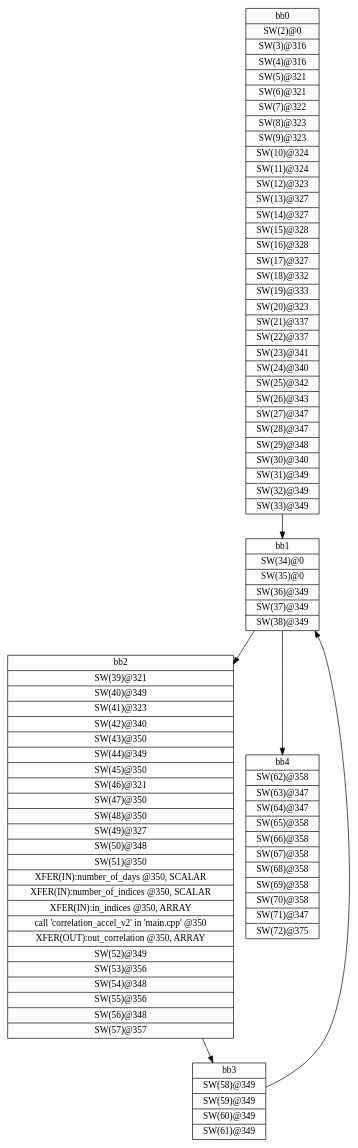
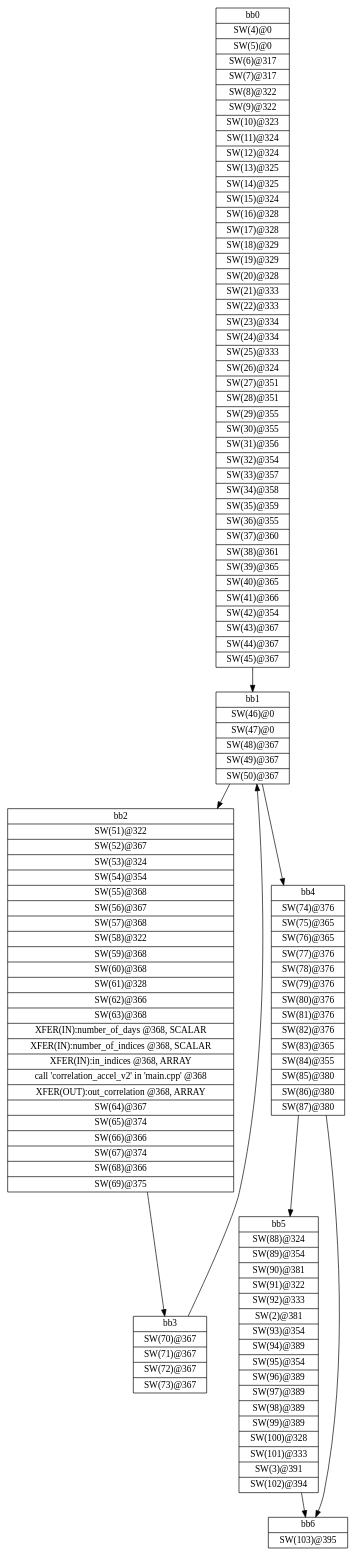
One commit to nguyencanhtrung/SDSoC changed the diagram in workspace/correlation_ver2_axis/correlation_axis_ver2/SDRelease/_sds/.llvm/_px_cdfg_xfer_main.dot. Above: the diagram before and after it, drawn with Graphviz. The commit also changed 6883 other files, not shown here.

Commit message:
Add v2: nodata flow Add v3: data flow - Stream FIFO = 252

```diff
--- a/workspace/correlation_ver2_axis/correlation_axis_ver2/SDRelease/_sds/.llvm/_px_cdfg_xfer_main.dot
+++ b/workspace/correlation_ver2_axis/correlation_axis_ver2/SDRelease/_sds/.llvm/_px_cdfg_xfer_main.dot
@@ -1,13 +1,18 @@
 digraph CDFG {
 node [shape=record];
-bb0 [shape=record, label = "{bb0|<x0x1f71bf0>SW(2)@0\n|<x0x1f74b20>SW(3)@316\n|<x0x1f74d30>SW(4)@316\n|<x0x1f753b0>SW(5)@321\n|<x0x1f755b0>SW(6)@321\n|<x0x1f757e0>SW(7)@322\n|<x0x1f75a10>SW(8)@323\n|<x0x1f75c40>SW(9)@323\n|<x0x1f75e70>SW(10)@324\n|<x0x1f76460>SW(11)@324\n|<x0x1f76670>SW(12)@323\n|<x0x1f768b0>SW(13)@327\n|<x0x1f76ae0>SW(14)@327\n|<x0x1f76d10>SW(15)@328\n|<x0x1f76f60>SW(16)@328\n|<x0x1f77170>SW(17)@327\n|<x0x1f72550>SW(18)@332\n|<x0x1f72750>SW(19)@333\n|<x0x1f729a0>SW(20)@323\n|<x0x1f72bd0>SW(21)@337\n|<x0x1f72de0>SW(22)@337\n|<x0x1f73000>SW(23)@341\n|<x0x1f73250>SW(24)@340\n|<x0x1f734a0>SW(25)@342\n|<x0x1f73710>SW(26)@343\n|<x0x1f73960>SW(27)@347\n|<x0x1f73b70>SW(28)@347\n|<x0x1f73db0>SW(29)@348\n|<x0x1f73fe0>SW(30)@340\n|<x0x1f74230>SW(31)@349\n|<x0x1f74450>SW(32)@349\n|<x0x1f78520>SW(33)@349\n}"];
-bb1 [shape=record, label = "{bb1|<x0x1f78880>SW(34)@0\n|<x0x1f789f0>SW(35)@0\n|<x0x1f78b90>SW(36)@349\n|<x0x1f78dc0>SW(37)@349\n|<x0x1f78fd0>SW(38)@349\n}"];
-bb2 [shape=record, label = "{bb2|<x0x1f78760>SW(39)@321\n|<x0x1f795a0>SW(40)@349\n|<x0x1f797d0>SW(41)@323\n|<x0x1f79a00>SW(42)@340\n|<x0x1f79c50>SW(43)@350\n|<x0x1f79e70>SW(44)@349\n|<x0x1f7a0a0>SW(45)@350\n|<x0x1f7a2b0>SW(46)@321\n|<x0x1f7a4e0>SW(47)@350\n|<x0x1f7a730>SW(48)@350\n|<x0x1f7a8f0>SW(49)@327\n|<x0x1f7ab20>SW(50)@348\n|<x0x1f7ad50>SW(51)@350\n|<x0x1f7e2f0>XFER(IN):number_of_days @350, SCALAR\n|<x0x1f7e3d0>XFER(IN):number_of_indices @350, SCALAR\n|<x0x1f7e4b0>XFER(IN):in_indices @350, ARRAY\n|<x0x1f6d9e0>call 'correlation_accel_v2' in 'main.cpp' @350\n|<x0x1f7ea70>XFER(OUT):out_correlation @350, ARRAY\n|<x0x1f7afa0>SW(52)@349\n|<x0x1f7b1d0>SW(53)@356\n|<x0x1f7b3e0>SW(54)@348\n|<x0x1f7b610>SW(55)@356\n|<x0x1f7b830>SW(56)@348\n|<x0x1f7ba70>SW(57)@357\n}"];
-bb3 [shape=record, label = "{bb3|<x0x1f7bdb0>SW(58)@349\n|<x0x1f7bfe0>SW(59)@349\n|<x0x1f7c1f0>SW(60)@349\n|<x0x1f7c430>SW(61)@349\n}"];
-bb4 [shape=record, label = "{bb4|<x0x1f7c6f0>SW(62)@358\n|<x0x1f7ca40>SW(63)@347\n|<x0x1f7cc80>SW(64)@347\n|<x0x1f7ceb0>SW(65)@358\n|<x0x1f7d0c0>SW(66)@358\n|<x0x1f7d2d0>SW(67)@358\n|<x0x1f7d4e0>SW(68)@358\n|<x0x1f7d6f0>SW(69)@358\n|<x0x1f7d950>SW(70)@358\n|<x0x1f7db70>SW(71)@347\n|<x0x1f7ddb0>SW(72)@375\n}"];
+bb0 [shape=record, label = "{bb0|<x0x21524f0>SW(4)@0\n|<x0x2152570>SW(5)@0\n|<x0x2152b50>SW(6)@317\n|<x0x2152d90>SW(7)@317\n|<x0x2152fd0>SW(8)@322\n|<x0x2153200>SW(9)@322\n|<x0x2153430>SW(10)@323\n|<x0x2153660>SW(11)@324\n|<x0x2153890>SW(12)@324\n|<x0x2153ac0>SW(13)@325\n|<x0x2155260>SW(14)@325\n|<x0x2157480>SW(15)@324\n|<x0x21576c0>SW(16)@328\n|<x0x21578f0>SW(17)@328\n|<x0x2157b20>SW(18)@329\n|<x0x2157d70>SW(19)@329\n|<x0x2157f80>SW(20)@328\n|<x0x21581c0>SW(21)@333\n|<x0x21583f0>SW(22)@333\n|<x0x2158620>SW(23)@334\n|<x0x2158870>SW(24)@334\n|<x0x2158a80>SW(25)@333\n|<x0x2158cc0>SW(26)@324\n|<x0x2158ef0>SW(27)@351\n|<x0x214f090>SW(28)@351\n|<x0x214f2b0>SW(29)@355\n|<x0x214f4e0>SW(30)@355\n|<x0x214f6f0>SW(31)@356\n|<x0x214f940>SW(32)@354\n|<x0x214fb90>SW(33)@357\n|<x0x214fe00>SW(34)@358\n|<x0x2150050>SW(35)@359\n|<x0x21502a0>SW(36)@355\n|<x0x21504e0>SW(37)@360\n|<x0x2150740>SW(38)@361\n|<x0x2150990>SW(39)@365\n|<x0x2150bb0>SW(40)@365\n|<x0x2150df0>SW(41)@366\n|<x0x2151020>SW(42)@354\n|<x0x2155470>SW(43)@367\n|<x0x2155690>SW(44)@367\n|<x0x21558d0>SW(45)@367\n}"];
+bb1 [shape=record, label = "{bb1|<x0x2155c70>SW(46)@0\n|<x0x2155de0>SW(47)@0\n|<x0x2155f80>SW(48)@367\n|<x0x21561b0>SW(49)@367\n|<x0x21563c0>SW(50)@367\n}"];
+bb2 [shape=record, label = "{bb2|<x0x2155b50>SW(51)@322\n|<x0x2156990>SW(52)@367\n|<x0x2156bc0>SW(53)@324\n|<x0x2156df0>SW(54)@354\n|<x0x2157040>SW(55)@368\n|<x0x2157260>SW(56)@367\n|<x0x2159960>SW(57)@368\n|<x0x2159b70>SW(58)@322\n|<x0x2159da0>SW(59)@368\n|<x0x2159fb0>SW(60)@368\n|<x0x215a1d0>SW(61)@328\n|<x0x215a400>SW(62)@366\n|<x0x215a630>SW(63)@368\n|<x0x2160950>XFER(IN):number_of_days @368, SCALAR\n|<x0x2160a30>XFER(IN):number_of_indices @368, SCALAR\n|<x0x2160b10>XFER(IN):in_indices @368, ARRAY\n|<x0x214a320>call 'correlation_accel_v2' in 'main.cpp' @368\n|<x0x2161ed0>XFER(OUT):out_correlation @368, ARRAY\n|<x0x215a880>SW(64)@367\n|<x0x215aab0>SW(65)@374\n|<x0x215acc0>SW(66)@366\n|<x0x215aef0>SW(67)@374\n|<x0x215b110>SW(68)@366\n|<x0x215b350>SW(69)@375\n}"];
+bb3 [shape=record, label = "{bb3|<x0x215b690>SW(70)@367\n|<x0x215b980>SW(71)@367\n|<x0x215baf0>SW(72)@367\n|<x0x215bd30>SW(73)@367\n}"];
+bb4 [shape=record, label = "{bb4|<x0x215c140>SW(74)@376\n|<x0x215c330>SW(75)@365\n|<x0x215c570>SW(76)@365\n|<x0x215c7a0>SW(77)@376\n|<x0x215c9b0>SW(78)@376\n|<x0x215cbc0>SW(79)@376\n|<x0x215cc60>SW(80)@376\n|<x0x215ce70>SW(81)@376\n|<x0x215d0d0>SW(82)@376\n|<x0x215d2f0>SW(83)@365\n|<x0x215d530>SW(84)@355\n|<x0x215d770>SW(85)@380\n|<x0x215db50>SW(86)@380\n|<x0x215dd10>SW(87)@380\n}"];
+bb5 [shape=record, label = "{bb5|<x0x215e060>SW(88)@324\n|<x0x215e290>SW(89)@354\n|<x0x215e4e0>SW(90)@381\n|<x0x215e700>SW(91)@322\n|<x0x215e930>SW(92)@333\n|<x0x214f030>SW(2)@381\n|<x0x215eb80>SW(93)@354\n|<x0x215edd0>SW(94)@389\n|<x0x215eff0>SW(95)@354\n|<x0x215f240>SW(96)@389\n|<x0x215f450>SW(97)@389\n|<x0x215f660>SW(98)@389\n|<x0x215f870>SW(99)@389\n|<x0x215fab0>SW(100)@328\n|<x0x215fd40>SW(101)@333\n|<x0x214ed10>SW(3)@391\n|<x0x215ff20>SW(102)@394\n}"];
+bb6 [shape=record, label = "{bb6|<x0x2160260>SW(103)@395\n}"];
 bb0 -> bb1
 bb1 -> bb2
 bb1 -> bb4
 bb2 -> bb3
 bb3 -> bb1
+bb4 -> bb5
+bb4 -> bb6
+bb5 -> bb6
 }
```
